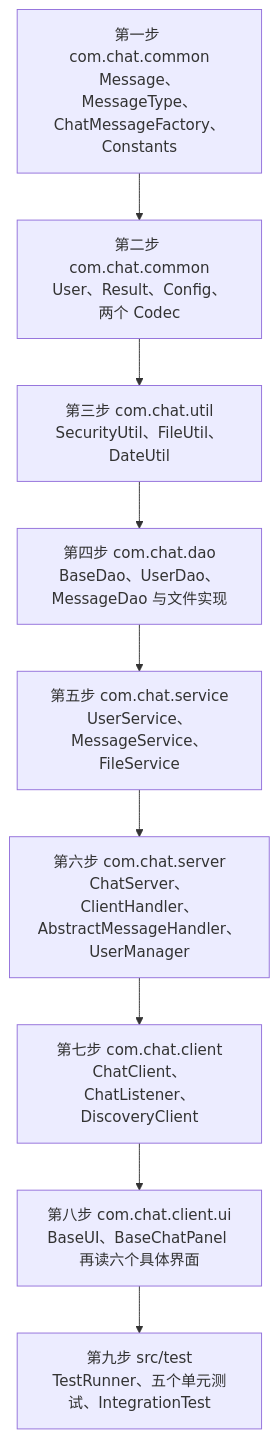
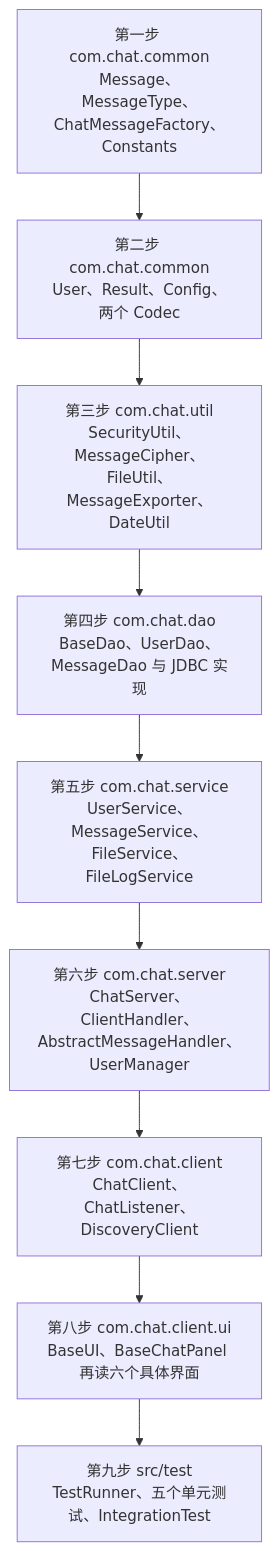
Diagram 11 of 11 in docs/design/04-实现说明.md (FeiTwnd/lanchat), drawn with Mermaid before and after one commit. The commit also changed other lines of this file and 9 other files, not shown here.

````diff
--- a/docs/design/04-实现说明.md
+++ b/docs/design/04-实现说明.md
@@ -892,11 +1050,11 @@
 ```mermaid
 flowchart TD
     S1["第一步 com.chat.common<br/>Message、MessageType、ChatMessageFactory、Constants"] --> S2["第二步 com.chat.common<br/>User、Result、Config、两个 Codec"]
-    S2 --> S3["第三步 com.chat.util<br/>SecurityUtil、FileUtil、DateUtil"]
-    S3 --> S4["第四步 com.chat.dao<br/>BaseDao、UserDao、MessageDao 与文件实现"]
-    S4 --> S5["第五步 com.chat.service<br/>UserService、MessageService、FileService"]
+    S2 --> S3["第三步 com.chat.util<br/>SecurityUtil、MessageCipher、FileUtil、MessageExporter、DateUtil"]
+    S3 --> S4["第四步 com.chat.dao<br/>BaseDao、UserDao、MessageDao 与 JDBC 实现"]
+    S4 --> S5["第五步 com.chat.service<br/>UserService、MessageService、FileService、FileLogService"]
     S5 --> S6["第六步 com.chat.server<br/>ChatServer、ClientHandler、AbstractMessageHandler、UserManager"]
     S6 --> S7["第七步 com.chat.client<br/>ChatClient、ChatListener、DiscoveryClient"]
     S7 --> S8["第八步 com.chat.client.ui<br/>BaseUI、BaseChatPanel 再读六个具体界面"]
     S8 --> S9["第九步 src/test<br/>TestRunner、五个单元测试、IntegrationTest"]
 ```
````
